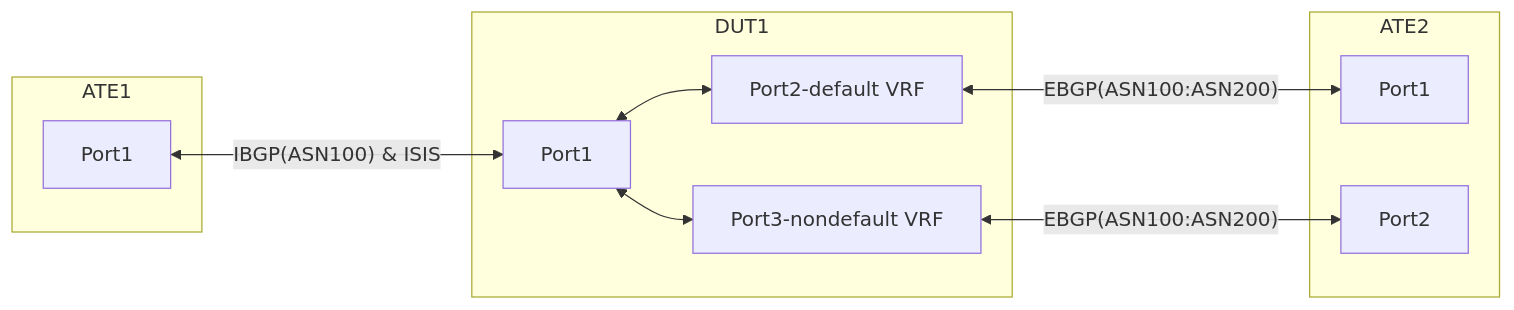
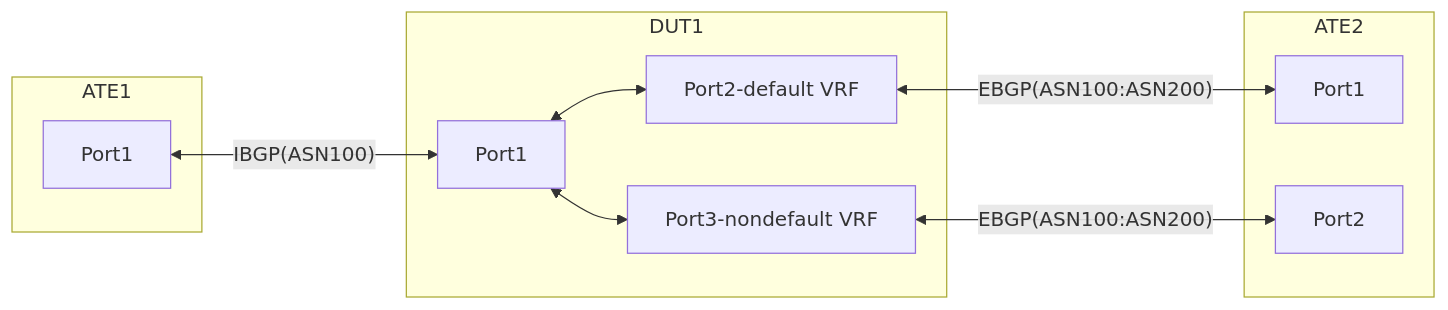
One commit to openconfig/featureprofiles changed the diagram in feature/policy_forwarding/policy_vrf_selection/otg_tests/policy_based_traffic_steering_default_to_nondefault/README.md. Above: the diagram before and after it, drawn with Mermaid. The commit also changed other lines of this file, not shown here.

````diff
--- a/feature/policy_forwarding/policy_vrf_selection/otg_tests/policy_based_traffic_steering_default_to_nondefault/README.md
+++ b/feature/policy_forwarding/policy_vrf_selection/otg_tests/policy_based_traffic_steering_default_to_nondefault/README.md
@@ -11,20 +11,20 @@
 ```mermaid
 graph LR; 
 subgraph ATE1 [ATE1]
     A1[Port1]
 end
 subgraph DUT1 [DUT1]
     B1[Port1]
     B2[Port2-default VRF]
     B3[Port3-nondefault VRF]
 end 
 subgraph ATE2 [ATE2]
     C1[Port1]
     C2[Port2]
 end
 B1 <--> B2;
 B1 <--> B3;
-A1 <-- IBGP(ASN100) & ISIS --> B1;
+A1 <-- IBGP(ASN100) --> B1;
 B2 <-- EBGP(ASN100:ASN200) --> C1;
 B3 <-- EBGP(ASN100:ASN200)  --> C2;
 ```
````
